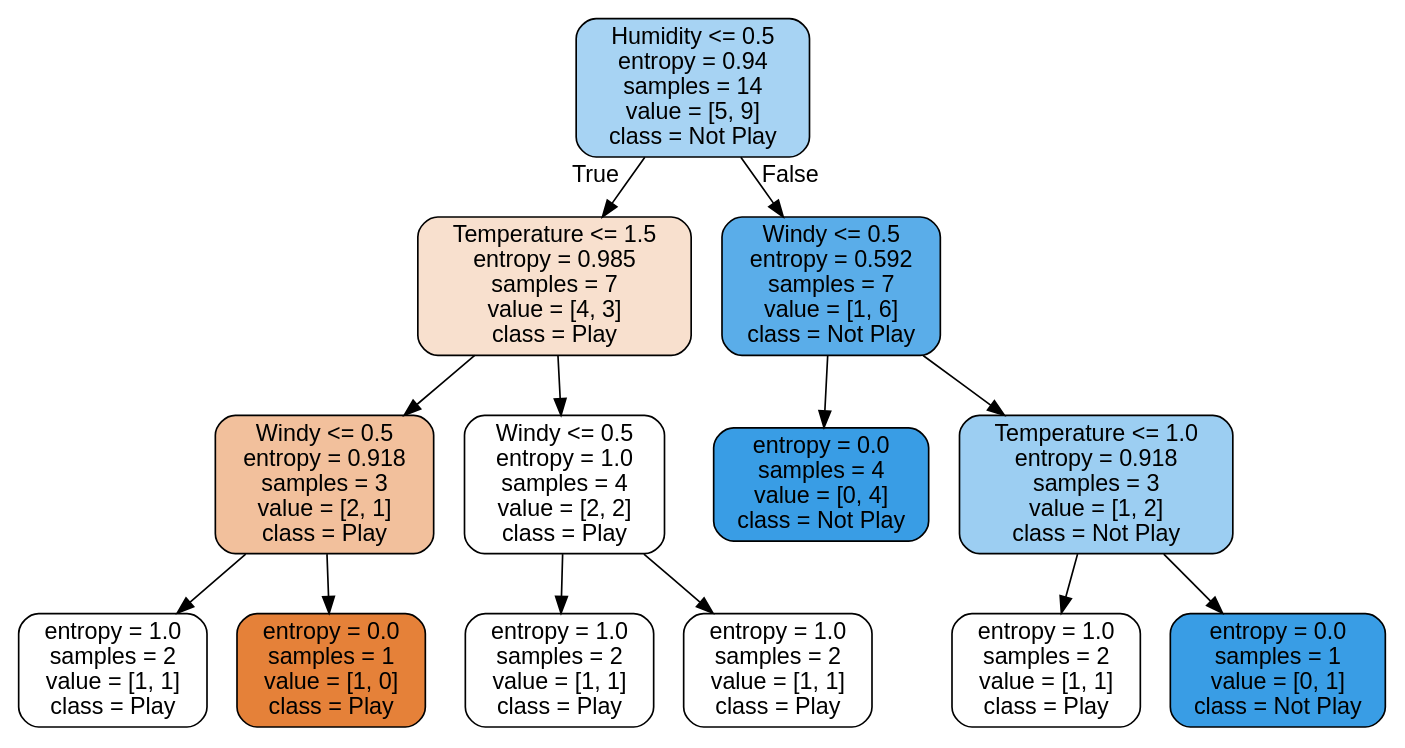
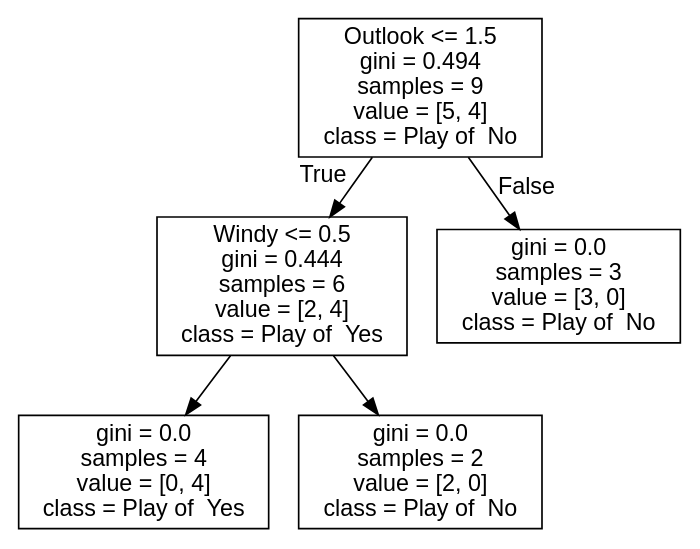
One commit to JasonNerd/DataMining changed the diagram in filestorage/result/sample.csv.dot. Above: the diagram before and after it, drawn with Graphviz. The commit also changed 4 other files, not shown here.

```diff
--- a/filestorage/result/sample.csv.dot
+++ b/filestorage/result/sample.csv.dot
@@ -1,29 +1,13 @@
 digraph Tree {
-node [shape=box, style="filled, rounded", color="black", fontname="helvetica"] ;
+node [shape=box, fontname="helvetica"] ;
 edge [fontname="helvetica"] ;
-0 [label=" Humidity <= 0.5\nentropy = 0.94\nsamples = 14\nvalue = [5, 9]\nclass = Not Play", fillcolor="#a7d3f3"] ;
-1 [label=" Temperature <= 1.5\nentropy = 0.985\nsamples = 7\nvalue = [4, 3]\nclass = Play", fillcolor="#f8e0ce"] ;
+0 [label="Outlook <= 1.5\ngini = 0.494\nsamples = 9\nvalue = [5, 4]\nclass = Play of  No"] ;
+1 [label="Windy <= 0.5\ngini = 0.444\nsamples = 6\nvalue = [2, 4]\nclass = Play of  Yes"] ;
 0 -> 1 [labeldistance=2.5, labelangle=45, headlabel="True"] ;
-2 [label=" Windy <= 0.5\nentropy = 0.918\nsamples = 3\nvalue = [2, 1]\nclass = Play", fillcolor="#f2c09c"] ;
+2 [label="gini = 0.0\nsamples = 4\nvalue = [0, 4]\nclass = Play of  Yes"] ;
 1 -> 2 ;
-3 [label="entropy = 1.0\nsamples = 2\nvalue = [1, 1]\nclass = Play", fillcolor="#ffffff"] ;
-2 -> 3 ;
-4 [label="entropy = 0.0\nsamples = 1\nvalue = [1, 0]\nclass = Play", fillcolor="#e58139"] ;
-2 -> 4 ;
-5 [label=" Windy <= 0.5\nentropy = 1.0\nsamples = 4\nvalue = [2, 2]\nclass = Play", fillcolor="#ffffff"] ;
-1 -> 5 ;
-6 [label="entropy = 1.0\nsamples = 2\nvalue = [1, 1]\nclass = Play", fillcolor="#ffffff"] ;
-5 -> 6 ;
-7 [label="entropy = 1.0\nsamples = 2\nvalue = [1, 1]\nclass = Play", fillcolor="#ffffff"] ;
-5 -> 7 ;
-8 [label=" Windy <= 0.5\nentropy = 0.592\nsamples = 7\nvalue = [1, 6]\nclass = Not Play", fillcolor="#5aade9"] ;
-0 -> 8 [labeldistance=2.5, labelangle=-45, headlabel="False"] ;
-9 [label="entropy = 0.0\nsamples = 4\nvalue = [0, 4]\nclass = Not Play", fillcolor="#399de5"] ;
-8 -> 9 ;
-10 [label=" Temperature <= 1.0\nentropy = 0.918\nsamples = 3\nvalue = [1, 2]\nclass = Not Play", fillcolor="#9ccef2"] ;
-8 -> 10 ;
-11 [label="entropy = 1.0\nsamples = 2\nvalue = [1, 1]\nclass = Play", fillcolor="#ffffff"] ;
-10 -> 11 ;
-12 [label="entropy = 0.0\nsamples = 1\nvalue = [0, 1]\nclass = Not Play", fillcolor="#399de5"] ;
-10 -> 12 ;
+3 [label="gini = 0.0\nsamples = 2\nvalue = [2, 0]\nclass = Play of  No"] ;
+1 -> 3 ;
+4 [label="gini = 0.0\nsamples = 3\nvalue = [3, 0]\nclass = Play of  No"] ;
+0 -> 4 [labeldistance=2.5, labelangle=-45, headlabel="False"] ;
 }
```
